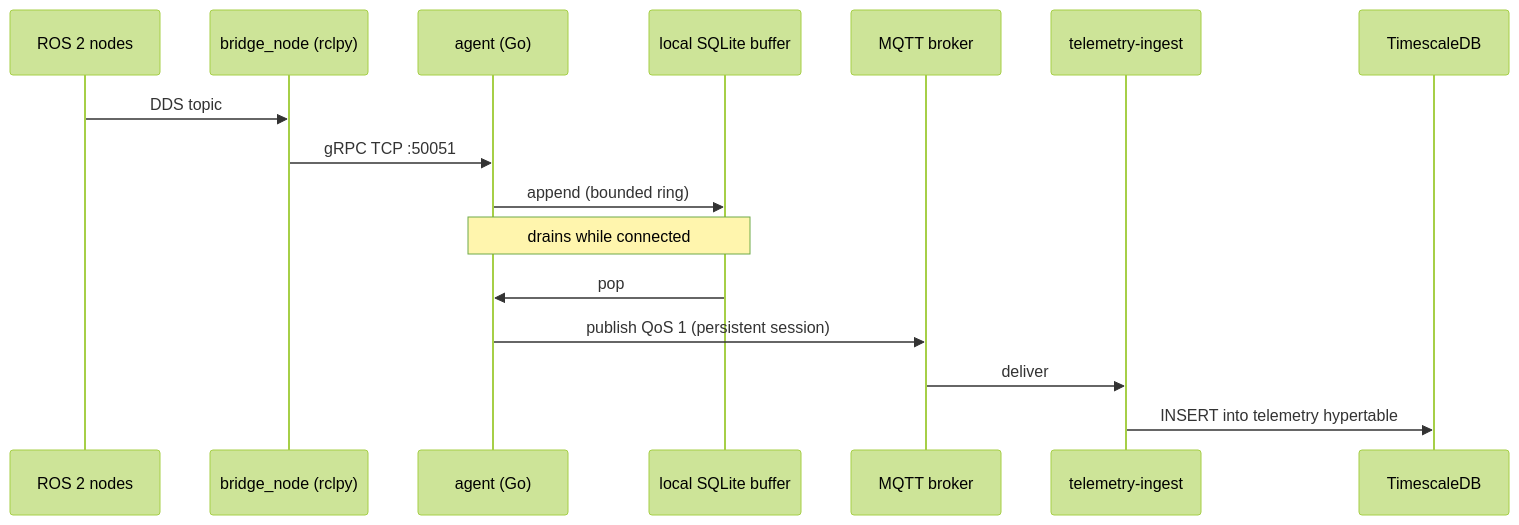
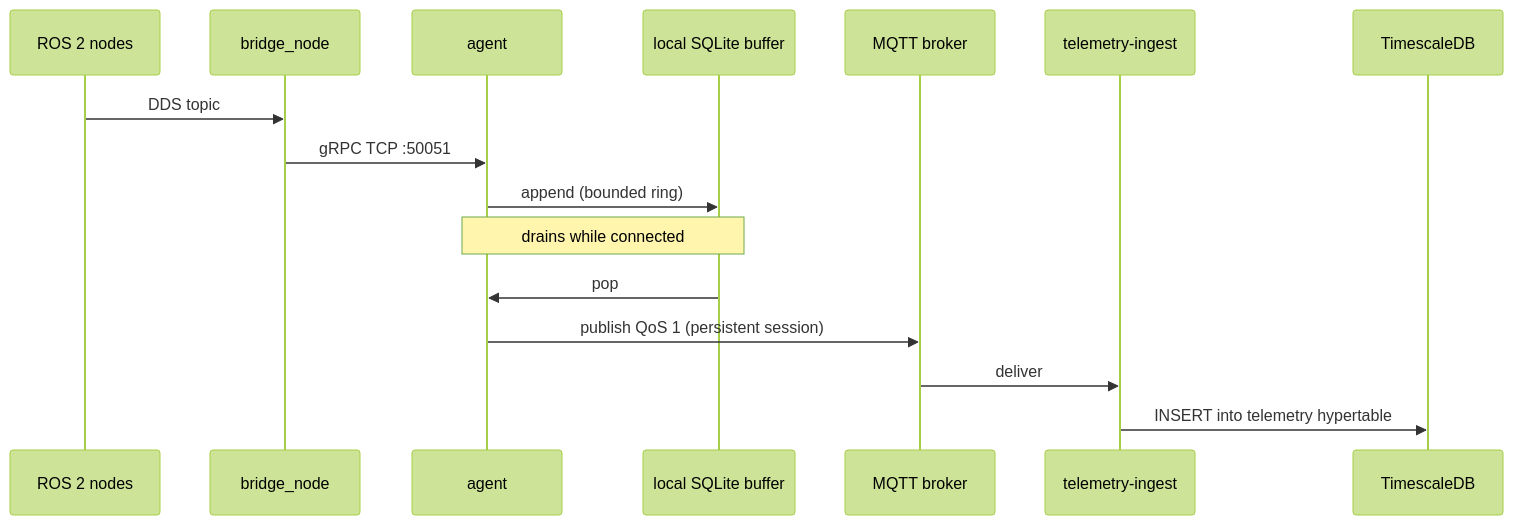
Before and after one commit to ferrosadb/temporal-hack: the second of 4 diagrams in specs/overview.md, drawn with Mermaid (forest theme). The commit also changed other lines of this file and 1 other file, not shown here.

First line of the commit message:
docs(mermaid): fix sequenceDiagram parser breakage on alias parens

````diff
--- a/specs/overview.md
+++ b/specs/overview.md
@@ -131,19 +132,19 @@
 ```mermaid
 sequenceDiagram
     participant Nodes as ROS 2 nodes
-    participant Bridge as bridge_node (rclpy)
-    participant Agent as agent (Go)
+    participant Bridge as bridge_node
+    participant Agent as agent
     participant Buf as local SQLite buffer
     participant MQ as MQTT broker
     participant Ing as telemetry-ingest
     participant TS as TimescaleDB
 
     Nodes->>Bridge: DDS topic
     Bridge->>Agent: gRPC TCP :50051
     Agent->>Buf: append (bounded ring)
     Note over Agent,Buf: drains while connected
     Buf->>Agent: pop
     Agent->>MQ: publish QoS 1 (persistent session)
     MQ->>Ing: deliver
     Ing->>TS: INSERT into telemetry hypertable
 ```
````
